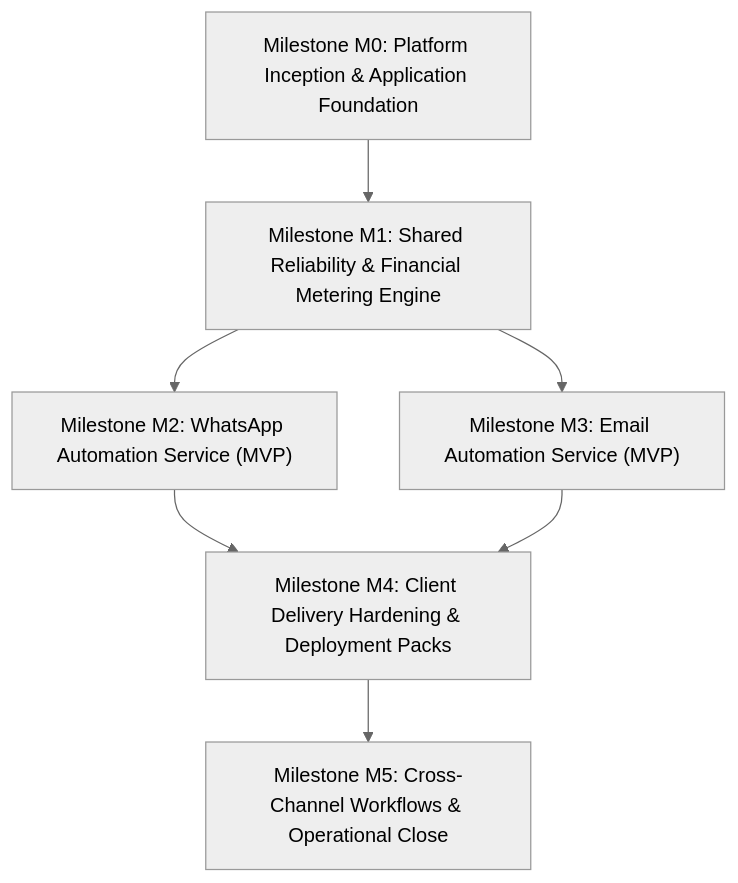
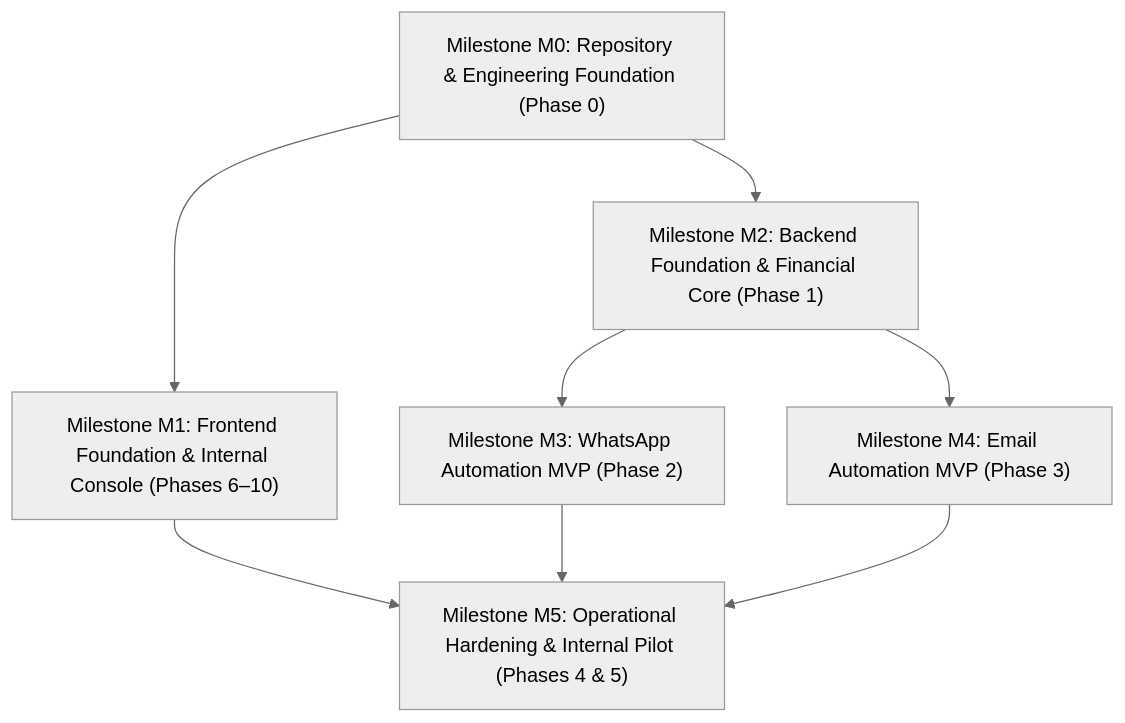
The first of 2 diagrams in .planning/ROADMAP.md (pathixo/pathixo-flow), drawn with Mermaid (neutral theme) before and after one commit. The commit also changed other lines of this file and 3 other files, not shown here.

Commit message:
docs: reconcile roadmap with M0-M5 milestones

````diff
--- a/.planning/ROADMAP.md
+++ b/.planning/ROADMAP.md
@@ -9,16 +9,17 @@
 ```mermaid
 flowchart TD
-    M0["Milestone M0: Platform Inception & Application Foundation"]
-    M1["Milestone M1: Shared Reliability & Financial Metering Engine"]
-    M2["Milestone M2: WhatsApp Automation Service (MVP)"]
-    M3["Milestone M3: Email Automation Service (MVP)"]
-    M4["Milestone M4: Client Delivery Hardening & Deployment Packs"]
-    M5["Milestone M5: Cross-Channel Workflows & Operational Close"]
+    M0["Milestone M0: Repository & Engineering Foundation (Phase 0)"]
+    M1["Milestone M1: Frontend Foundation & Internal Console (Phases 6–10)"]
+    M2["Milestone M2: Backend Foundation & Financial Core (Phase 1)"]
+    M3["Milestone M3: WhatsApp Automation MVP (Phase 2)"]
+    M4["Milestone M4: Email Automation MVP (Phase 3)"]
+    M5["Milestone M5: Operational Hardening & Internal Pilot (Phases 4 & 5)"]
 
     M0 --> M1
-    M1 --> M2
-    M1 --> M3
+    M0 --> M2
+    M2 --> M3
     M2 --> M4
-    M3 --> M4
+    M1 --> M5
+    M3 --> M5
     M4 --> M5
 ```
````
